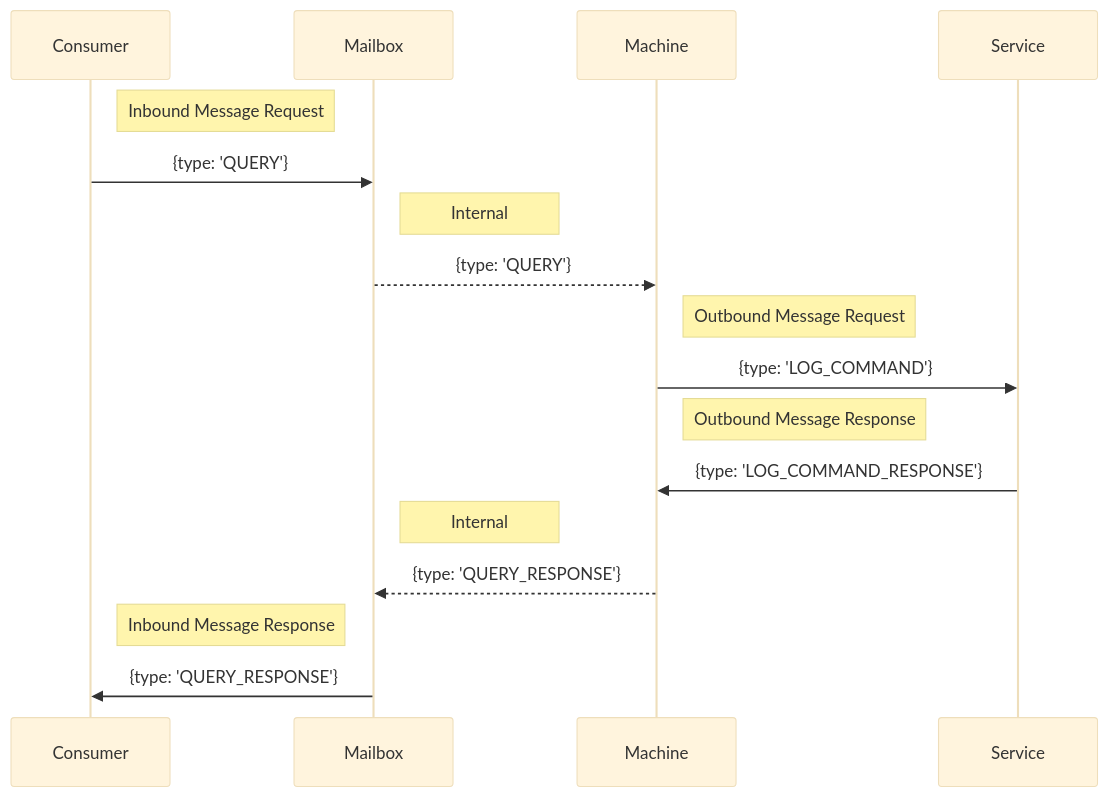
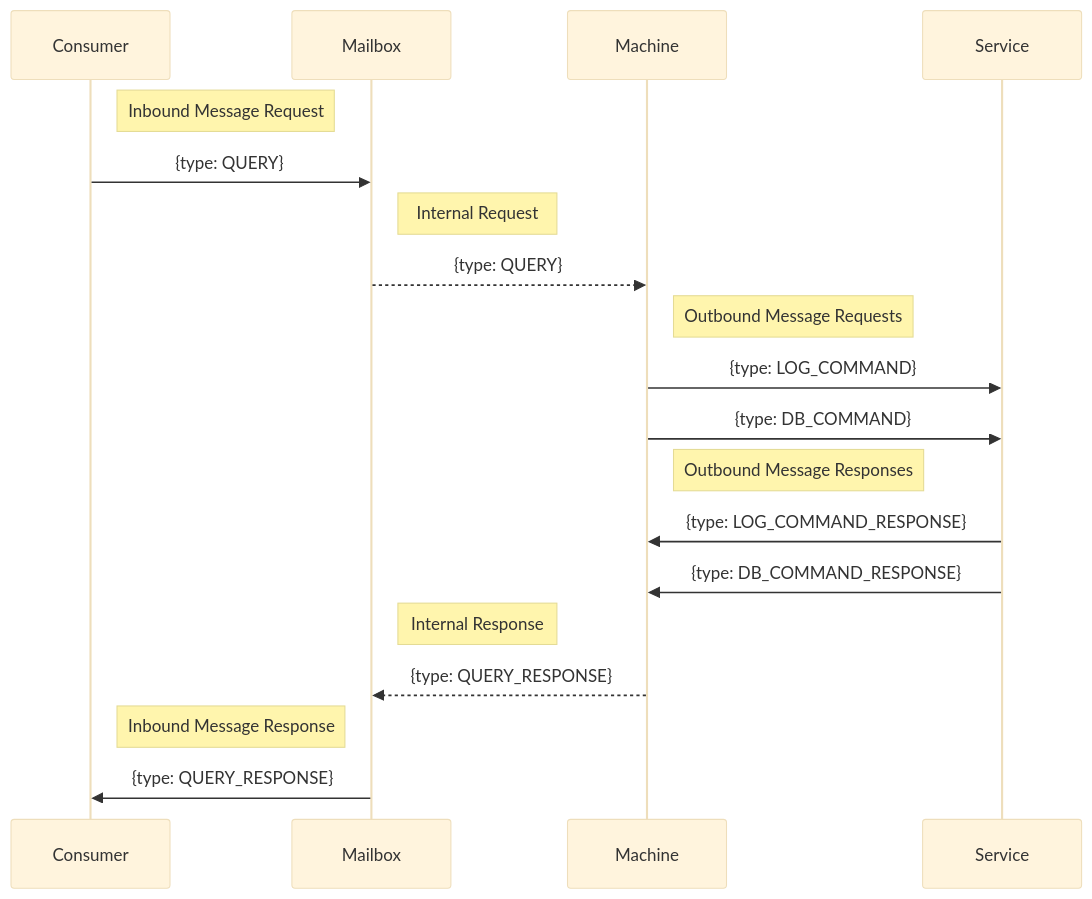
One commit to huan/mailbox changed the diagram in README.md. Above: the diagram before and after it, drawn with Mermaid (base theme).

Commit message:
enhance mermaid diagram

````diff
--- a/README.md
+++ b/README.md
@@ -268,20 +268,22 @@
 ```mermaid
 sequenceDiagram
   participant Consumer
   participant Mailbox
   participant Machine
   participant Service
 
   Note right of Consumer: Inbound Message Request
-  Consumer->>Mailbox: {type: 'QUERY'}
-  Note right of Mailbox: Internal
-  Mailbox-->>Machine: {type: 'QUERY'}
-  Note right of Machine: Outbound Message Request
-  Machine->>Service: {type: 'LOG_COMMAND'}
-  Note right of Machine: Outbound Message Response
-  Service->>Machine: {type: 'LOG_COMMAND_RESPONSE'}
-  Note right of Mailbox: Internal
-  Machine-->>Mailbox: {type: 'QUERY_RESPONSE'}
+  Consumer->>Mailbox: {type: QUERY}
+  Note right of Mailbox: Internal Request
+  Mailbox-->>Machine: {type: QUERY}
+  Note right of Machine: Outbound Message Requests
+  Machine->>Service: {type: LOG_COMMAND}
+  Machine->>Service: {type: DB_COMMAND}
+  Note right of Machine: Outbound Message Responses
+  Service->>Machine: {type: LOG_COMMAND_RESPONSE}
+  Service->>Machine: {type: DB_COMMAND_RESPONSE}
+  Note right of Mailbox: Internal Response
+  Machine-->>Mailbox: {type: QUERY_RESPONSE}
   Note right of Consumer: Inbound Message Response
-  Mailbox->>Consumer: {type: 'QUERY_RESPONSE'}
+  Mailbox->>Consumer: {type: QUERY_RESPONSE}
 ```
````
